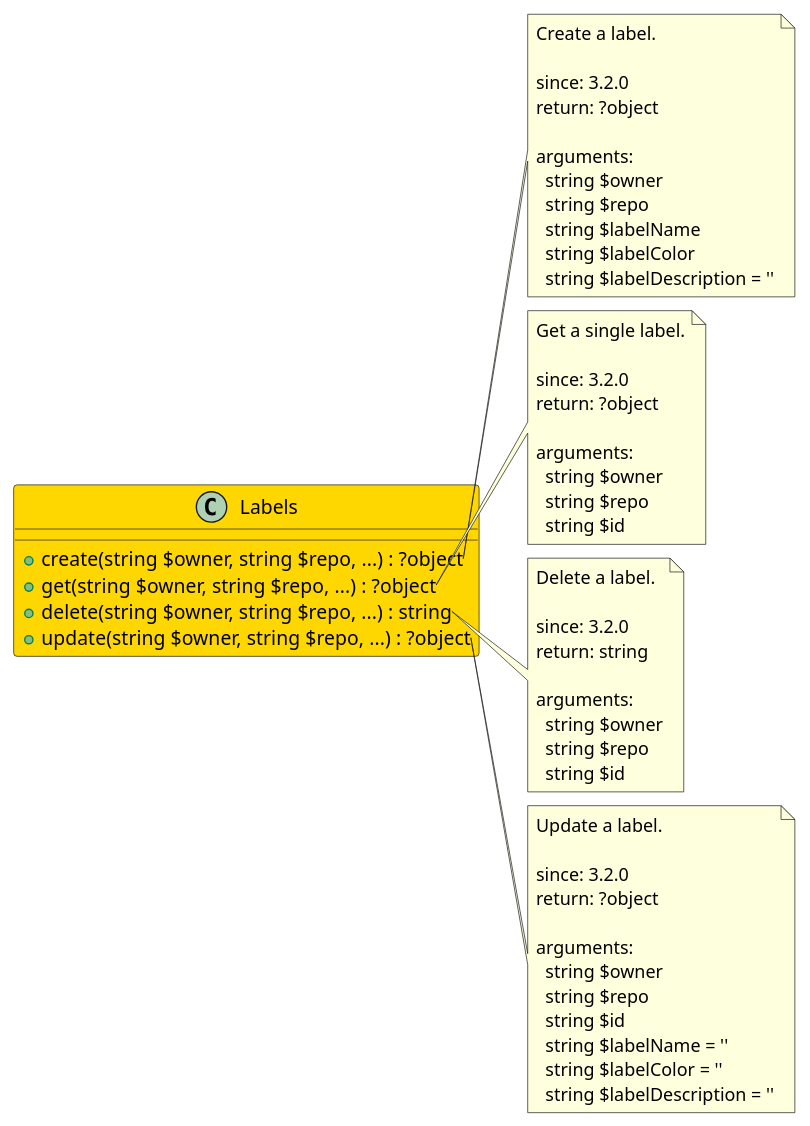
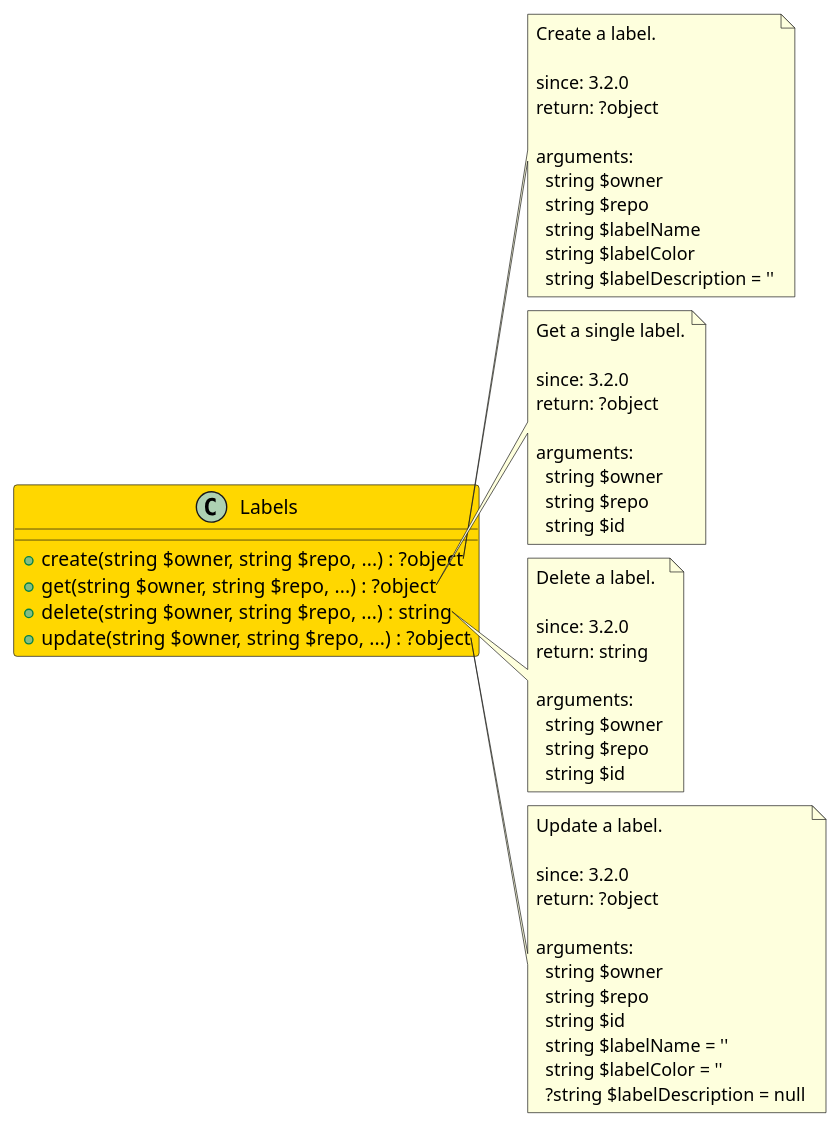
Before and after one commit to joomengine/gitea: the diagram in src/ca53d4cb-7800-4ea2-b06e-7466ded91e49/README.md, drawn with PlantUML. The commit also changed other lines of this file and 370 other files, not shown here.

````diff
--- a/src/ca53d4cb-7800-4ea2-b06e-7466ded91e49/README.md
+++ b/src/ca53d4cb-7800-4ea2-b06e-7466ded91e49/README.md
@@ -6,65 +8,65 @@
 ```uml
 @startuml
 
 class Labels  #Gold {
   + create(string $owner, string $repo, ...) : ?object
   + get(string $owner, string $repo, ...) : ?object
   + delete(string $owner, string $repo, ...) : string
   + update(string $owner, string $repo, ...) : ?object
 }
 
 note right of Labels::create
   Create a label.
 
   since: 3.2.0
   return: ?object
   
   arguments:
     string $owner
     string $repo
     string $labelName
     string $labelColor
     string $labelDescription = ''
 end note
 
 note right of Labels::get
   Get a single label.
 
   since: 3.2.0
   return: ?object
   
   arguments:
     string $owner
     string $repo
     string $id
 end note
 
 note right of Labels::delete
   Delete a label.
 
   since: 3.2.0
   return: string
   
   arguments:
     string $owner
     string $repo
     string $id
 end note
 
 note right of Labels::update
   Update a label.
 
   since: 3.2.0
   return: ?object
   
   arguments:
     string $owner
     string $repo
     string $id
     string $labelName = ''
     string $labelColor = ''
-    string $labelDescription = ''
+    ?string $labelDescription = null
 end note
 
 @enduml
 ```
````
